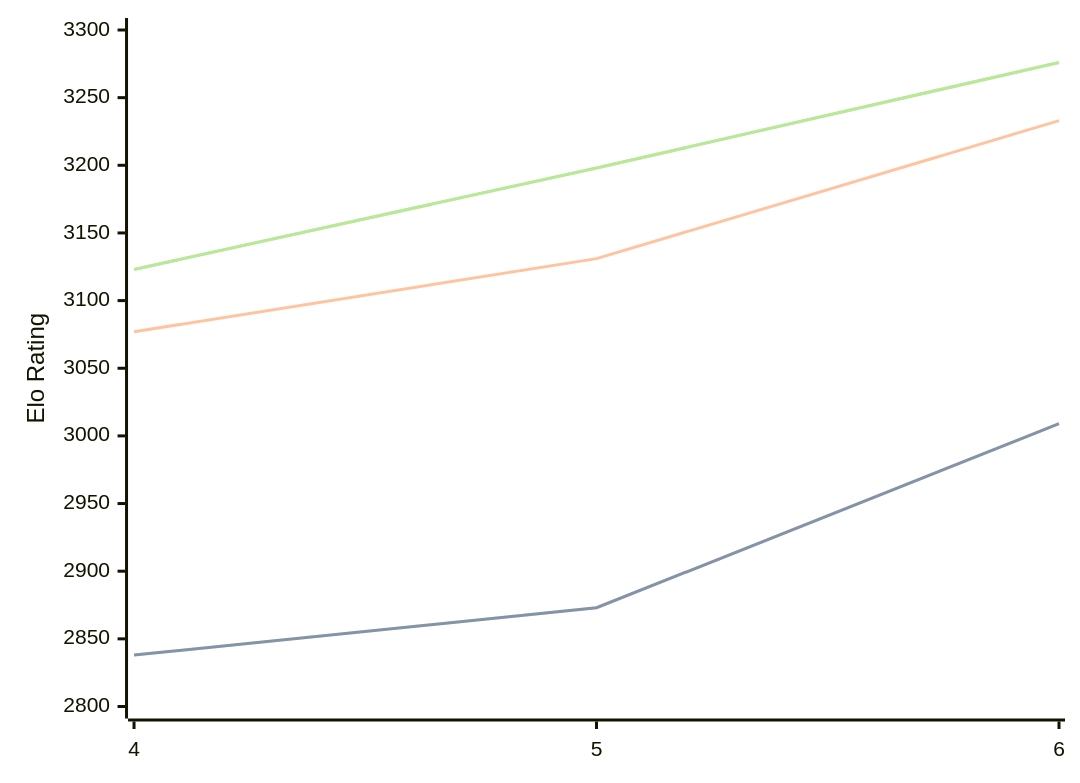
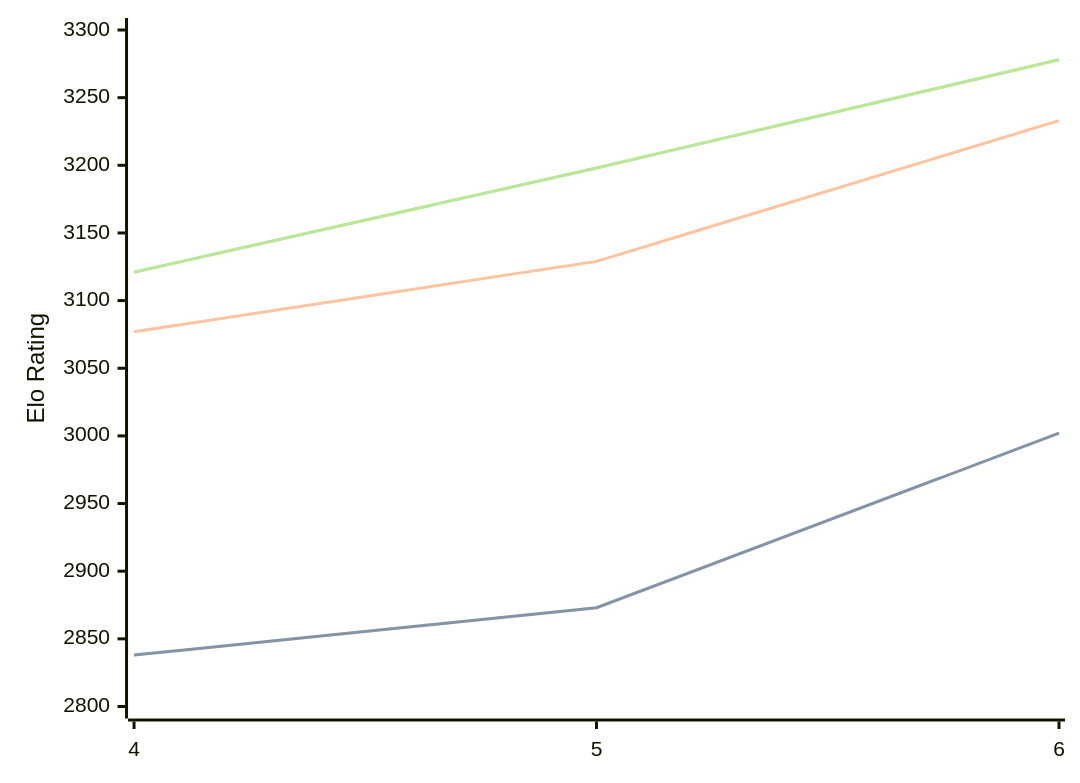
Before and after one commit to computer-chess-index/cci: the diagram in engines/Cwtch.md, drawn with Mermaid. The commit also changed other lines of this file, not shown here.

Commit message:
Update CCI Ratings (ELO VLTC) - 2026-08-03

````diff
--- a/engines/Cwtch.md
+++ b/engines/Cwtch.md
@@ -36,11 +36,11 @@
 ```mermaid
 %%{init: {"theme":"base","themeVariables":{"seriesColors:['#a3a3a3','#222221','#faa371']}}}%%
 xychart-beta
   x-axis ["4", "5", "6"]
   y-axis "Elo Rating" 2800 --> 3300
-  line "STC (8.0+0.08s)" [2838, 2873, 3009]
-  line "STC (8.0+0.08s)" [2838, 2873, 3009]
-  line "LTC (60.0+0.60s)" [3077, 3131, 3233]
-  line "VLTC (2m24s+1.12s)" [3123, 3198, 3276]
-  line "VLTC (2m24s+1.12s)" [3123, 3198, 3276]
+  line "STC (8.0+0.08s)" [2838, 2873, 3002]
+  line "STC (8.0+0.08s)" [2838, 2873, 3002]
+  line "LTC (60.0+0.60s)" [3077, 3129, 3233]
+  line "VLTC (2m24s+1.12s)" [3121, 3198, 3278]
+  line "VLTC (2m24s+1.12s)" [3121, 3198, 3278]
 ```
````
